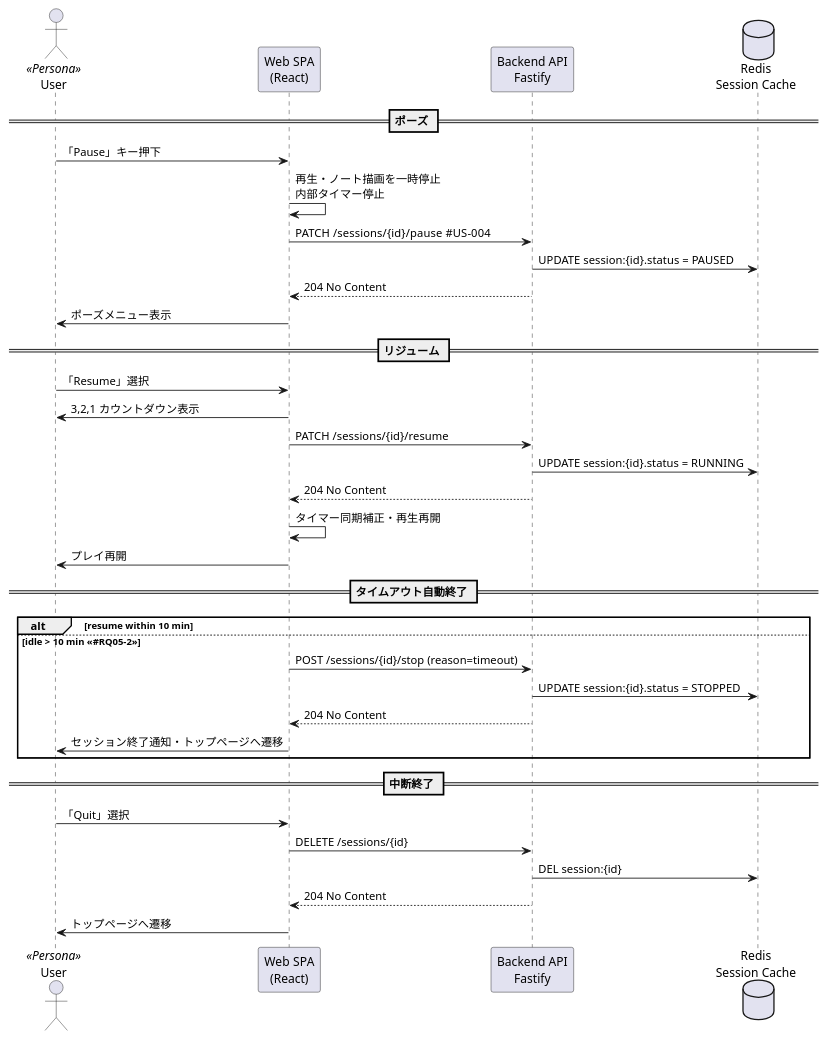
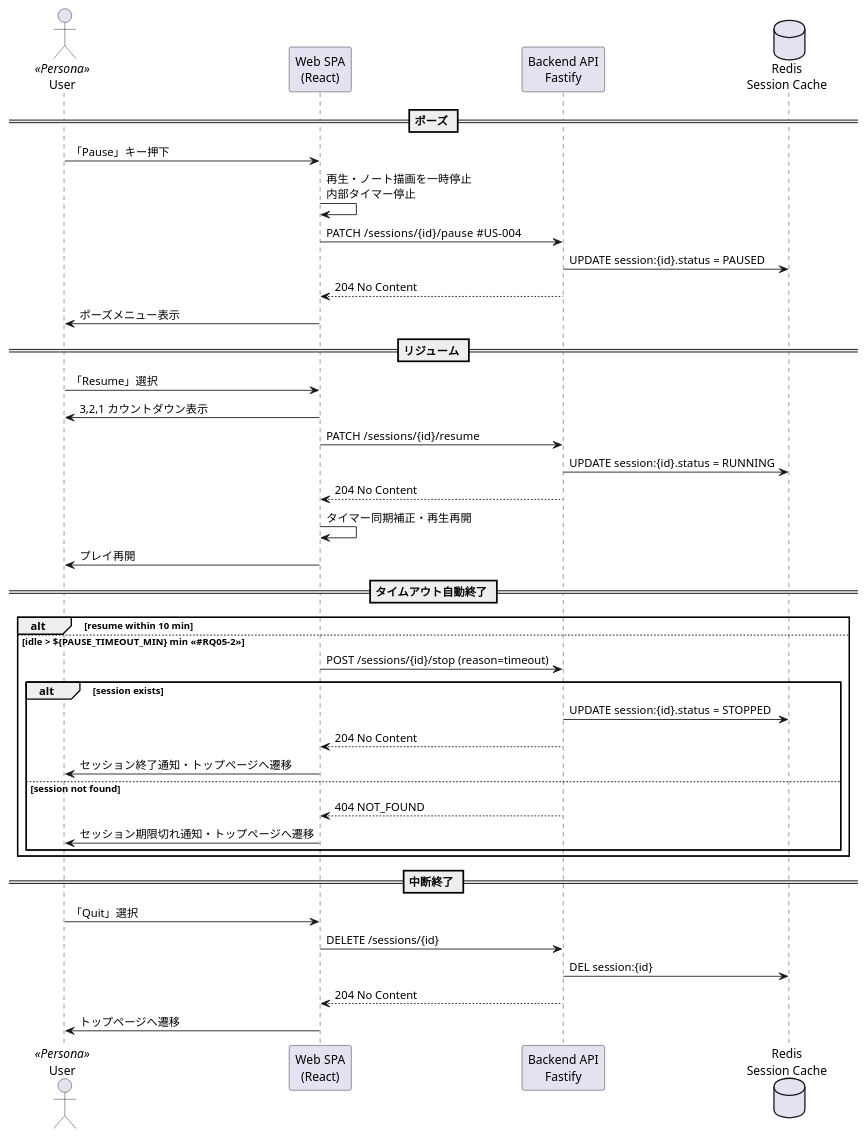
The diagram in docs/03_design/diagrams/sequence/pause_resume.puml (u-keiya/play_as_you_like), drawn with PlantUML before and after one commit. The commit also changed 12 other files, not shown here.

```diff
--- a/docs/03_design/diagrams/sequence/pause_resume.puml
+++ b/docs/03_design/diagrams/sequence/pause_resume.puml
@@ -1,46 +1,52 @@
 @startuml
 ' ==============================================================
 ' Sequence Diagram — Pause & Resume (#US-004)
 ' ==============================================================
 actor User  as user <<Persona>>
 participant "Web SPA\n(React)"            as spa
 participant "Backend API\nFastify"        as api
 database    "Redis\nSession Cache"        as cache
 
 == ポーズ ==
 user -> spa : 「Pause」キー押下
 spa -> spa : 再生・ノート描画を一時停止\n内部タイマー停止
 ' <<constraint>> PATCH /sessions/{id}/pause: 3秒以内応答
 spa -> api : PATCH /sessions/{id}/pause  #US-004
 api -> cache : UPDATE session:{id}.status = PAUSED
 api --> spa : 204 No Content
 spa -> user : ポーズメニュー表示
 
 == リジューム ==
 user -> spa : 「Resume」選択
 spa -> user : 3,2,1 カウントダウン表示
 ' <<constraint>> PATCH /sessions/{id}/resume: 3秒以内応答
 spa -> api : PATCH /sessions/{id}/resume
 api -> cache : UPDATE session:{id}.status = RUNNING
 api --> spa : 204 No Content
 spa -> spa : タイマー同期補正・再生再開
 spa -> user : プレイ再開
 
 == タイムアウト自動終了 ==
 alt resume within 10 min
   ' 何もしない
-else idle > 10 min <<#RQ05-2>>
+else idle > ${PAUSE_TIMEOUT_MIN} min <<#RQ05-2>>
+note right : デフォルト: 10分\n設定可能な値
   spa -> api : POST /sessions/{id}/stop (reason=timeout)
-  api -> cache : UPDATE session:{id}.status = STOPPED
-  api --> spa : 204 No Content
-  spa -> user : セッション終了通知・トップページへ遷移
+  alt session exists
+    api -> cache : UPDATE session:{id}.status = STOPPED
+    api --> spa : 204 No Content
+    spa -> user : セッション終了通知・トップページへ遷移
+  else session not found
+    api --> spa : 404 NOT_FOUND
+    spa -> user : セッション期限切れ通知・トップページへ遷移
+  end
 end
 
 == 中断終了 ==
 user -> spa : 「Quit」選択
 spa -> api : DELETE /sessions/{id}
 api -> cache : DEL session:{id}
 api --> spa : 204 No Content
 spa -> user : トップページへ遷移
 
 @enduml
```
